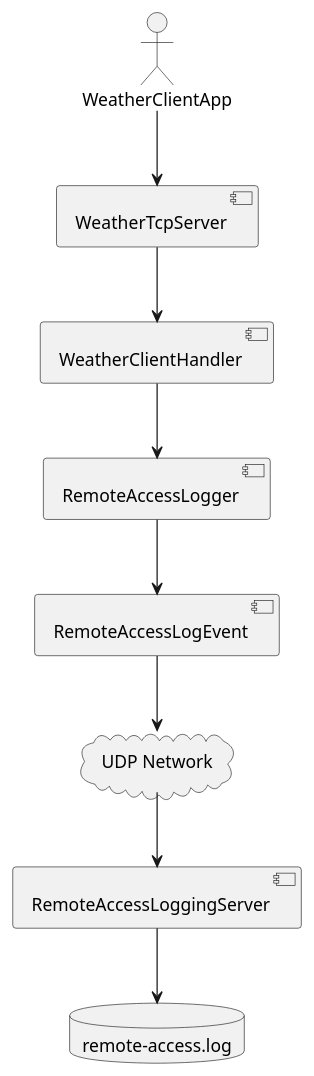
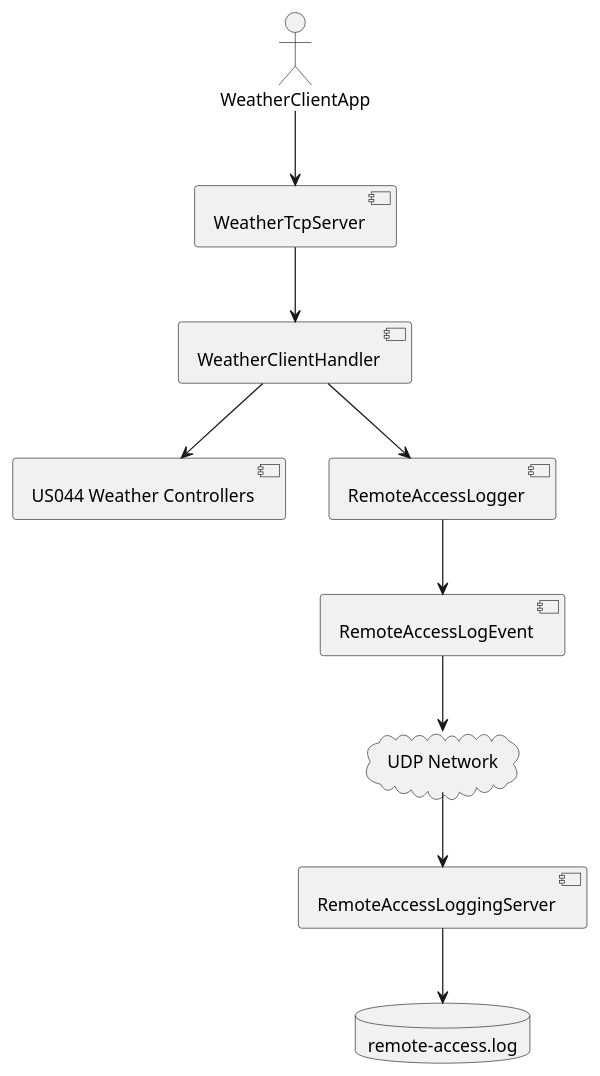
One commit to goncalolopesp/sem4pi2526-sem4pi2526_2di5 changed the first of 4 diagrams in docs/us_090/US090.md. Above: the diagram before and after it, drawn with PlantUML. The commit also changed other lines of this file and 4 other files, not shown here.

````diff
--- a/docs/us_090/US090.md
+++ b/docs/us_090/US090.md
@@ -70,25 +74,27 @@
 ```puml
 @startuml
 
 actor WeatherClientApp as Client
 
 component WeatherTcpServer as Server
 component WeatherClientHandler as Handler
+component "US044 Weather Controllers" as Controllers
 component RemoteAccessLogger as Logger
 component RemoteAccessLogEvent as Event
 
 cloud "UDP Network" as UDP
 
 component RemoteAccessLoggingServer as LogServer
 database "remote-access.log" as File
 
 Client --> Server
 Server --> Handler
+Handler --> Controllers
 Handler --> Logger
 Logger --> Event
 Event --> UDP
 UDP --> LogServer
 LogServer --> File
 
 @enduml
 ```
````
